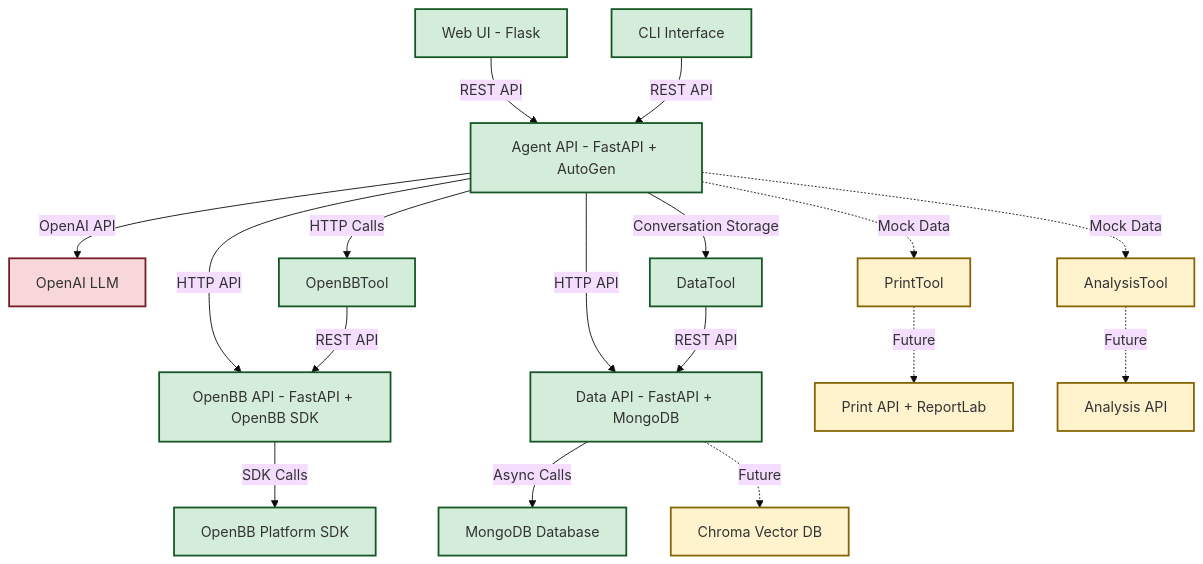
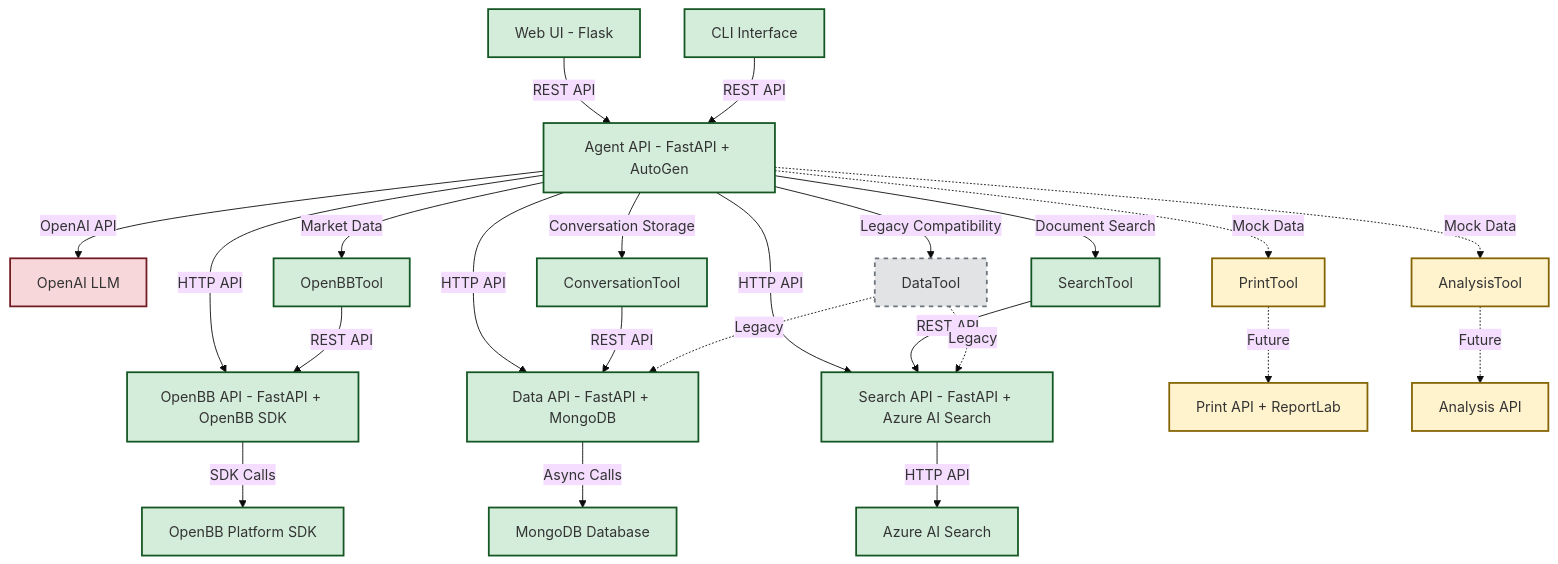
One commit to axler8r/InvestRCompose changed the diagram in docs/architecture.md. Above: the diagram before and after it, drawn with Mermaid (base theme). The commit also changed other lines of this file, not shown here.

Commit message:
doc: update architecture document

````diff
--- a/docs/architecture.md
+++ b/docs/architecture.md
@@ -126,42 +150,51 @@
 ```mermaid
 flowchart TD
     A[Web UI - Flask]
     B[Agent API - FastAPI + AutoGen]
     C[CLI Interface]
     O[OpenBB API - FastAPI + OpenBB SDK]
     D[Data API - FastAPI + MongoDB]
+    S[Search API - FastAPI + Azure AI Search]
 
     %% Current Implementation (Solid lines)
     A -->|REST API| B
     C -->|REST API| B
     B -->|OpenAI API| G[OpenAI LLM]
     B -->|HTTP API| O
     B -->|HTTP API| D
+    B -->|HTTP API| S
 
-    %% Agent Tools (Mixed implementation)
-    B -->|Conversation Storage| T1[DataTool]
-    B -->|HTTP Calls| T2[OpenBBTool]
-    B -.->|Mock Data| T3[PrintTool]
-    B -.->|Mock Data| T4[AnalysisTool]
+    %% Agent Tools (New Architecture)
+    B -->|Document Search| T1[SearchTool]
+    B -->|Conversation Storage| T2[ConversationTool]
+    B -->|Market Data| T3[OpenBBTool]
+    B -->|Legacy Compatibility| T4[DataTool]
+    B -.->|Mock Data| T5[PrintTool]
+    B -.->|Mock Data| T6[AnalysisTool]
 
     %% Service Integration (Solid lines)
-    T1 -->|REST API| D
-    T2 -->|REST API| O
+    T1 -->|REST API| S
+    T2 -->|REST API| D
+    T3 -->|REST API| O
+    T4 -.->|Legacy| D
+    T4 -.->|Legacy| S
     O -->|SDK Calls| OBB[OpenBB Platform SDK]
     D -->|Async Calls| MongoDB[MongoDB Database]
+    S -->|HTTP API| AzSearch[Azure AI Search]
 
     %% Future Services (Dotted lines)
-    D -.->|Future| Chroma[Chroma Vector DB]
-    T3 -.->|Future| P[Print API + ReportLab]
-    T4 -.->|Future| An[Analysis API]
+    T5 -.->|Future| P[Print API + ReportLab]
+    T6 -.->|Future| An[Analysis API]
 
     %% Styling
     classDef implemented fill:#d4edda,stroke:#155724,stroke-width:2px
     classDef planned fill:#fff3cd,stroke:#856404,stroke-width:2px
     classDef external fill:#f8d7da,stroke:#721c24,stroke-width:2px
+    classDef legacy fill:#e2e3e5,stroke:#6c757d,stroke-width:2px,stroke-dasharray: 5 5
 
-    class A,B,C,O,T1,T2,D,OBB,MongoDB implemented
-    class T3,T4 planned
-    class P,An,Chroma planned
+    class A,B,C,O,T1,T2,T3,D,S,OBB,MongoDB,AzSearch implemented
+    class T4 legacy
+    class T5,T6 planned
+    class P,An planned
     class G external
 ```
````
